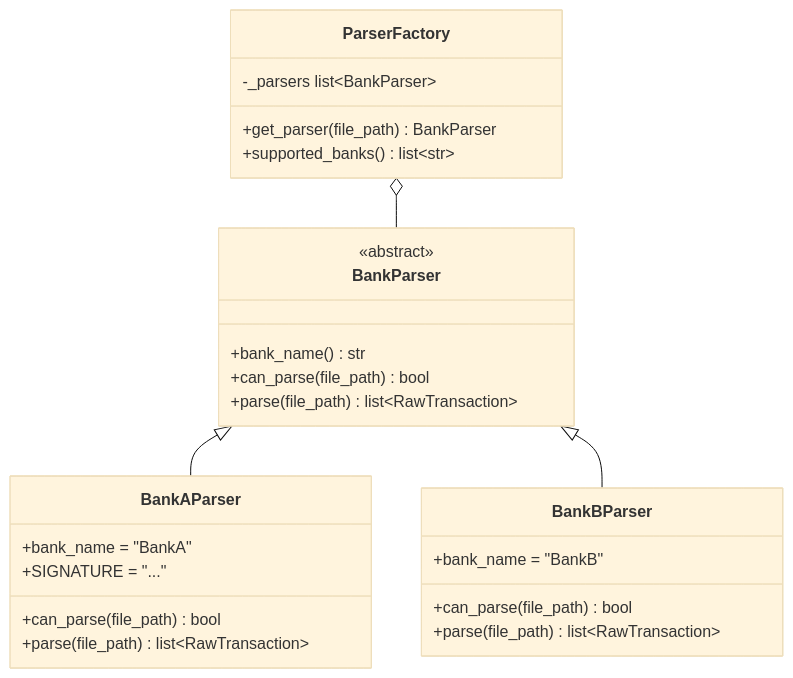
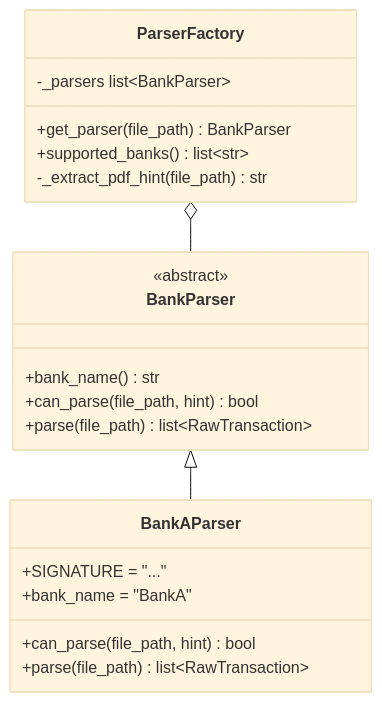
One commit to JuanLara18/bank-agent-llm changed the fourth of 6 diagrams in docs/architecture.md. Above: the diagram before and after it, drawn with Mermaid (base theme). The commit also changed other lines of this file and 1 other file, not shown here.

Commit message:
docs: slim CLAUDE.md, fix ER diagram — dedup, file tracking, currency, time

````diff
--- a/docs/architecture.md
+++ b/docs/architecture.md
@@ -103,32 +133,26 @@
 ```mermaid
 classDiagram
     class BankParser {
         <<abstract>>
         +bank_name() str
-        +can_parse(file_path) bool
+        +can_parse(file_path, hint) bool
         +parse(file_path) list~RawTransaction~
     }
 
     class ParserFactory {
         -_parsers list~BankParser~
         +get_parser(file_path) BankParser
         +supported_banks() list~str~
+        -_extract_pdf_hint(file_path) str
     }
 
     class BankAParser {
+        +SIGNATURE = "..."
         +bank_name = "BankA"
-        +SIGNATURE = "..."
-        +can_parse(file_path) bool
-        +parse(file_path) list~RawTransaction~
-    }
-
-    class BankBParser {
-        +bank_name = "BankB"
-        +can_parse(file_path) bool
+        +can_parse(file_path, hint) bool
         +parse(file_path) list~RawTransaction~
     }
 
     BankParser <|-- BankAParser
-    BankParser <|-- BankBParser
     ParserFactory o-- BankParser
 ```
````
